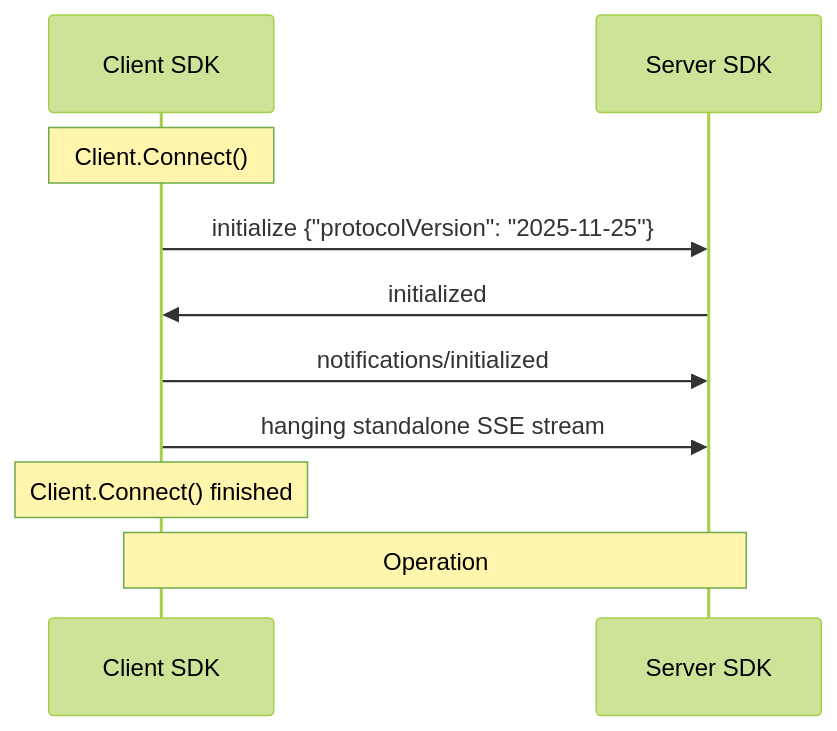
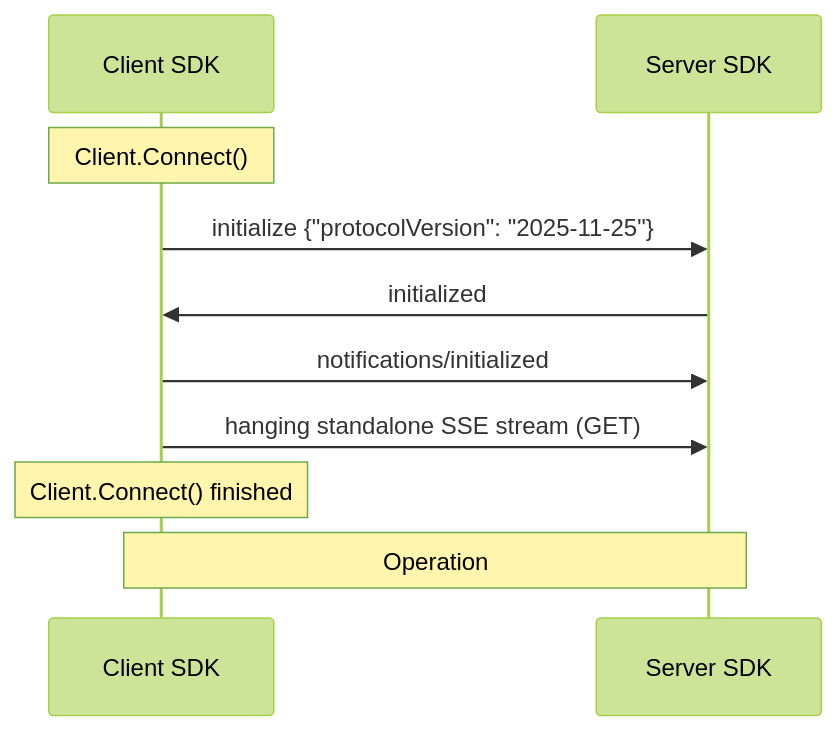
Before and after one commit to modelcontextprotocol/go-sdk: the first of 3 diagrams in design/stateless.md, drawn with Mermaid (forest theme). The commit also changed other lines of this file, not shown here.

````diff
--- a/design/stateless.md
+++ b/design/stateless.md
@@ -208,13 +239,13 @@
 ```mermaid
 sequenceDiagram
     participant c as Client SDK
     participant s as Server SDK
 
     Note over c: Client.Connect()
     c->>s: initialize {"protocolVersion": "2025-11-25"}
     s->>c: initialized
     c->>s: notifications/initialized
-    c->>s: hanging standalone SSE stream
+    c->>s: hanging standalone SSE stream (GET)
     note over c: Client.Connect() finished
     note over c,s: Operation
 ```
````
